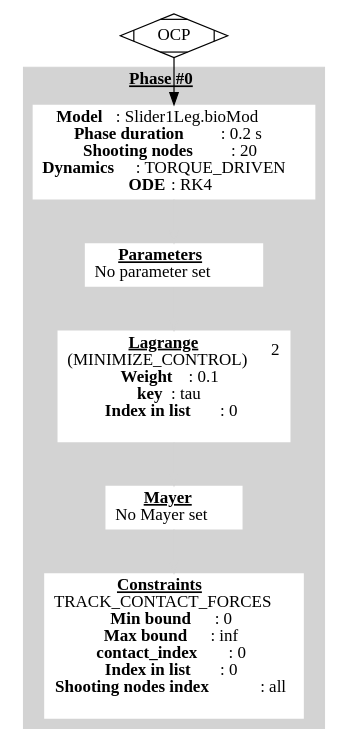
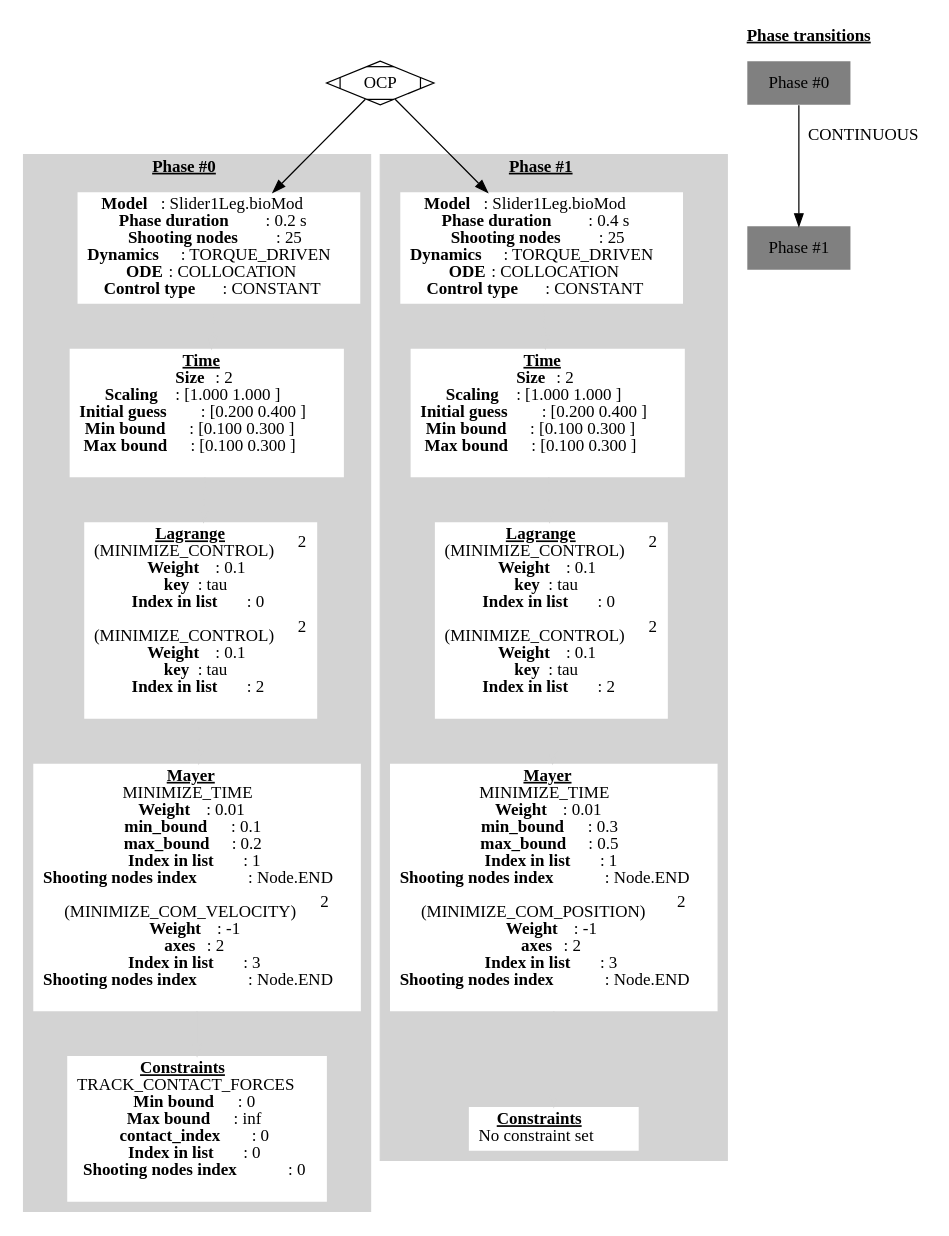
The diagram in legSlider/ocp_graph.gv (Ipuch/My_bioptim_examples), drawn with Graphviz before and after one commit. The commit also changed 35 other files, not shown here.

```diff
--- a/legSlider/ocp_graph.gv
+++ b/legSlider/ocp_graph.gv
@@ -1,24 +1,42 @@
 digraph ocp_graph {
 	node [shape=plaintext]
 	OCP [shape=Mdiamond]
 	subgraph cluster_0 {
 		node [color=white style=filled]
 		color=lightgrey style=filled
 		label=<<u><b>Phase #0</b></u>>
-		nlp_node_0 [label=<<b>Model</b>: Slider1Leg.bioMod<br/><b>Phase duration</b>: 0.2 s<br/><b>Shooting nodes</b>: 20<br/><b>Dynamics</b>: TORQUE_DRIVEN<br/><b>ODE</b>: RK4>]
-		param_00 [label=<<u><b>Parameters</b></u><br/> No parameter set>]
-		lagrange_0 [label=<<u><b>Lagrange</b></u><br/>(MINIMIZE_CONTROL)<sup>2</sup><br/><b>Weight</b>: 0.1<br/><b>key</b>: tau<br/><b>Index in list</b>: 0<br/><br/>>]
-		mayer_node_0 [label=<<u><b>Mayer</b></u><br/>No Mayer set>]
-		constraints_node_0 [label=<<u><b>Constraints</b></u><br/>TRACK_CONTACT_FORCES<br/><b>Min bound</b>: 0<br/><b>Max bound</b>: inf<br/><b>contact_index</b>: 0<br/><b>Index in list</b>: 0<br/><b>Shooting nodes index</b>: all<br/><br/>>]
+		nlp_node_0 [label=<<b>Model</b>: Slider1Leg.bioMod<br/><b>Phase duration</b>: 0.2 s<br/><b>Shooting nodes</b>: 25<br/><b>Dynamics</b>: TORQUE_DRIVEN<br/><b>ODE</b>: COLLOCATION<br/><b>Control type</b>: CONSTANT>]
+		param_00 [label=<<u><b>Time</b></u><br/><b>Size</b>: 2<br/><b>Scaling</b>: [1.000 1.000 ]<br/><b>Initial guess</b>: [0.200 0.400 ]<br/><b>Min bound</b>: [0.100 0.300 ] <br/><b>Max bound</b>: [0.100 0.300 ] <br/><br/>>]
+		lagrange_0 [label=<<u><b>Lagrange</b></u><br/>(MINIMIZE_CONTROL)<sup>2</sup><br/><b>Weight</b>: 0.1<br/><b>key</b>: tau<br/><b>Index in list</b>: 0<br/><br/>(MINIMIZE_CONTROL)<sup>2</sup><br/><b>Weight</b>: 0.1<br/><b>key</b>: tau<br/><b>Index in list</b>: 2<br/><br/>>]
+		mayer_node_0 [label=<<u><b>Mayer</b></u><br/>MINIMIZE_TIME<br/><b>Weight</b>: 0.01<br/><b>min_bound</b>: 0.1<br/><b>max_bound</b>: 0.2<br/><b>Index in list</b>: 1<br/><b>Shooting nodes index</b>: Node.END<br/><br/>(MINIMIZE_COM_VELOCITY)<sup>2</sup><br/><b>Weight</b>: -1<br/><b>axes</b>: 2<br/><b>Index in list</b>: 3<br/><b>Shooting nodes index</b>: Node.END<br/><br/>>]
+		constraints_node_0 [label=<<u><b>Constraints</b></u><br/>TRACK_CONTACT_FORCES<br/><b>Min bound</b>: 0<br/><b>Max bound</b>: inf<br/><b>contact_index</b>: 0<br/><b>Index in list</b>: 0<br/><b>Shooting nodes index</b>: 0<br/><br/>>]
 	}
 	OCP -> nlp_node_0
 	nlp_node_0 -> param_00 [color=lightgrey]
 	param_00 -> lagrange_0 [color=lightgrey]
 	lagrange_0 -> mayer_node_0 [color=lightgrey]
 	mayer_node_0 -> constraints_node_0 [color=lightgrey]
+	subgraph cluster_1 {
+		node [color=white style=filled]
+		color=lightgrey style=filled
+		label=<<u><b>Phase #1</b></u>>
+		nlp_node_1 [label=<<b>Model</b>: Slider1Leg.bioMod<br/><b>Phase duration</b>: 0.4 s<br/><b>Shooting nodes</b>: 25<br/><b>Dynamics</b>: TORQUE_DRIVEN<br/><b>ODE</b>: COLLOCATION<br/><b>Control type</b>: CONSTANT>]
+		param_10 [label=<<u><b>Time</b></u><br/><b>Size</b>: 2<br/><b>Scaling</b>: [1.000 1.000 ]<br/><b>Initial guess</b>: [0.200 0.400 ]<br/><b>Min bound</b>: [0.100 0.300 ] <br/><b>Max bound</b>: [0.100 0.300 ] <br/><br/>>]
+		lagrange_1 [label=<<u><b>Lagrange</b></u><br/>(MINIMIZE_CONTROL)<sup>2</sup><br/><b>Weight</b>: 0.1<br/><b>key</b>: tau<br/><b>Index in list</b>: 0<br/><br/>(MINIMIZE_CONTROL)<sup>2</sup><br/><b>Weight</b>: 0.1<br/><b>key</b>: tau<br/><b>Index in list</b>: 2<br/><br/>>]
+		mayer_node_1 [label=<<u><b>Mayer</b></u><br/>MINIMIZE_TIME<br/><b>Weight</b>: 0.01<br/><b>min_bound</b>: 0.3<br/><b>max_bound</b>: 0.5<br/><b>Index in list</b>: 1<br/><b>Shooting nodes index</b>: Node.END<br/><br/>(MINIMIZE_COM_POSITION)<sup>2</sup><br/><b>Weight</b>: -1<br/><b>axes</b>: 2<br/><b>Index in list</b>: 3<br/><b>Shooting nodes index</b>: Node.END<br/><br/>>]
+		constraints_node_1 [label=<<u><b>Constraints</b></u><br/>No constraint set>]
+	}
+	OCP -> nlp_node_1
+	nlp_node_1 -> param_10 [color=lightgrey]
+	param_10 -> lagrange_1 [color=lightgrey]
+	lagrange_1 -> mayer_node_1 [color=lightgrey]
+	mayer_node_1 -> constraints_node_1 [color=lightgrey]
 	subgraph cluster_phase_transitions {
 		node [color=grey style=filled]
 		color=invis style=""
+		"Phase #0"
+		"Phase #1"
+		"Phase #0" -> "Phase #1" [label=CONTINUOUS]
 		label=<<u><b>Phase transitions</b></u>>
 	}
 }
```
